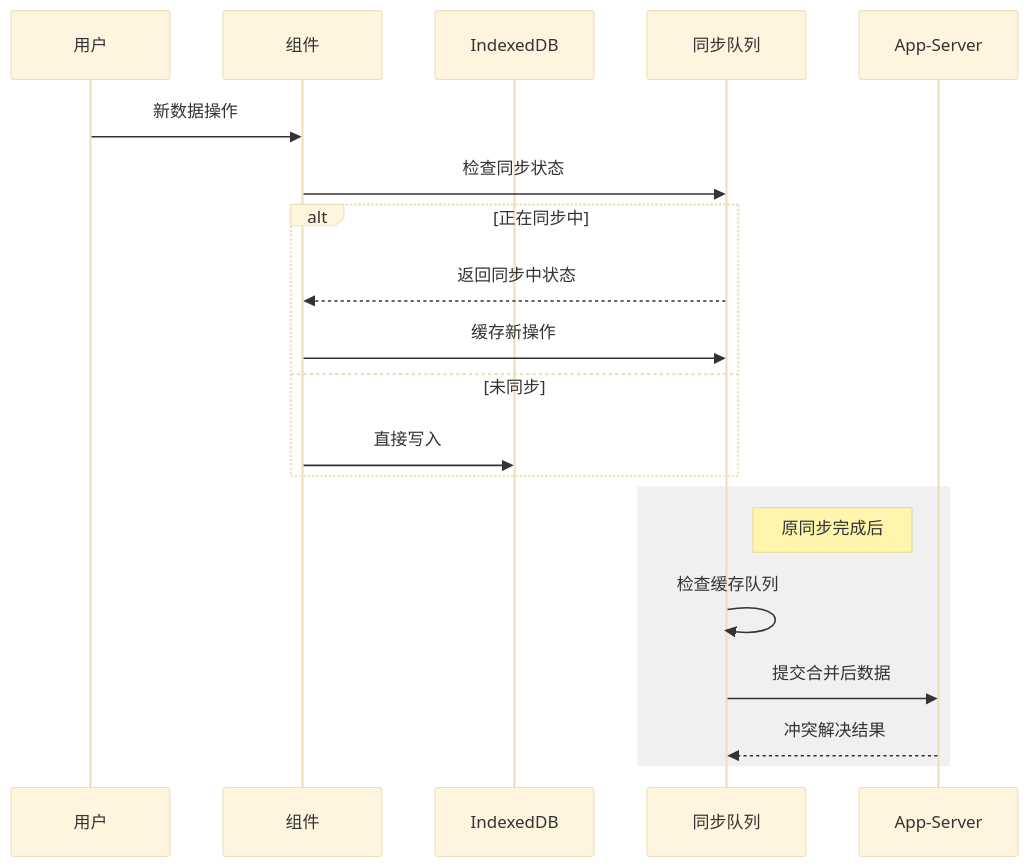
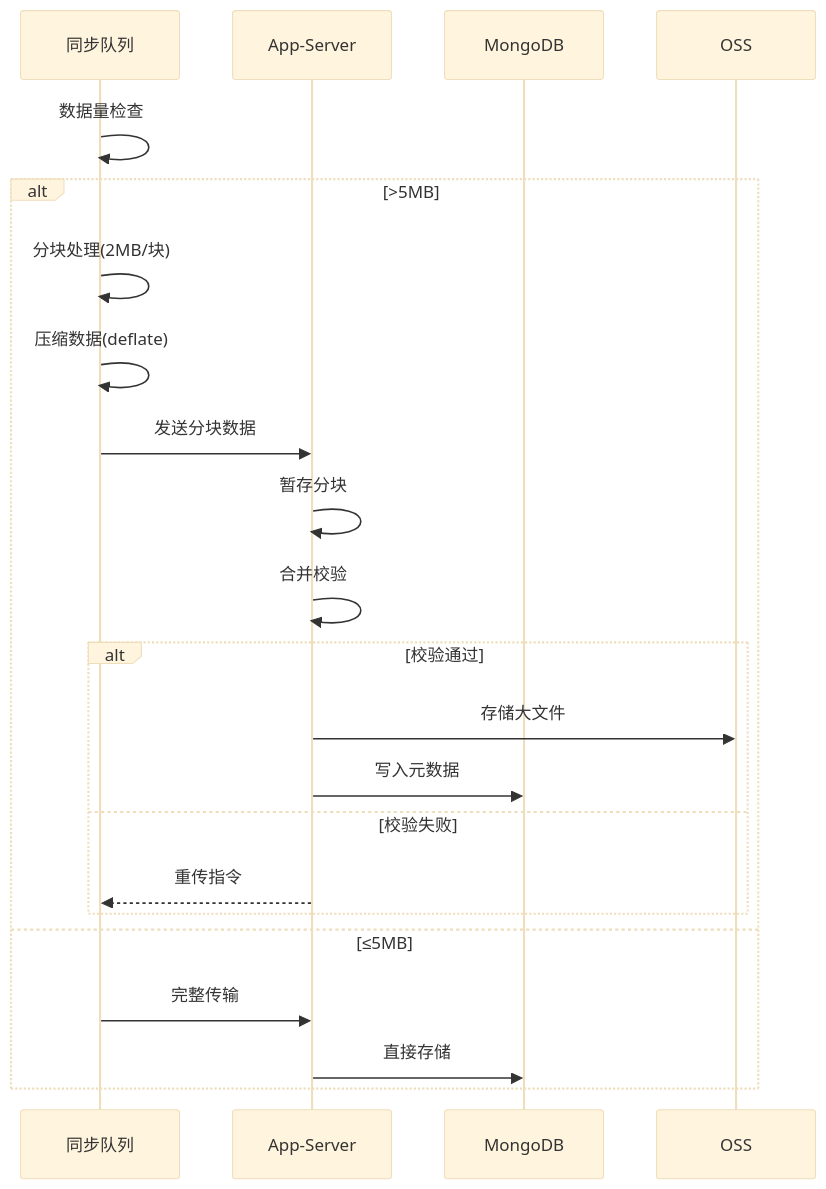
One commit to yingjianzh/iodraw-files changed the diagram in all/未命名-24.md. Above: the diagram before and after it, drawn with Mermaid (base theme).

Commit message:
2025-02-21 11:09:20 update

````diff
--- a/all/未命名-24.md
+++ b/all/未命名-24.md
@@ -1,24 +1,25 @@
 ```mermaid
 sequenceDiagram
-    participant 用户
-    participant 组件
-    participant IndexedDB
     participant 同步队列
     participant App-Server
+    participant MongoDB
+    participant OSS
 
-    用户->>组件: 新数据操作
-    组件->>同步队列: 检查同步状态
-    alt 正在同步中
-        同步队列-->>组件: 返回同步中状态
-        组件->>同步队列: 缓存新操作
-    else 未同步
-        组件->>IndexedDB: 直接写入
-    end
-    
-    rect rgb(240,240,240)
-    Note right of 同步队列: 原同步完成后
-    同步队列->>同步队列: 检查缓存队列
-    同步队列->>App-Server: 提交合并后数据
-    App-Server-->>同步队列: 冲突解决结果
+    同步队列->>同步队列: 数据量检查
+    alt >5MB
+        同步队列->>同步队列: 分块处理(2MB/块)
+        同步队列->>同步队列: 压缩数据(deflate)
+        同步队列->>App-Server: 发送分块数据
+        App-Server->>App-Server: 暂存分块
+        App-Server->>App-Server: 合并校验
+        alt 校验通过
+            App-Server->>OSS: 存储大文件
+            App-Server->>MongoDB: 写入元数据
+        else 校验失败
+            App-Server-->>同步队列: 重传指令
+        end
+    else ≤5MB
+        同步队列->>App-Server: 完整传输
+        App-Server->>MongoDB: 直接存储
     end
 ```
````
